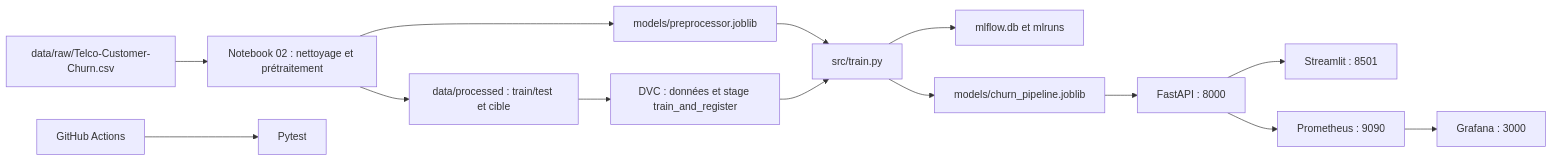
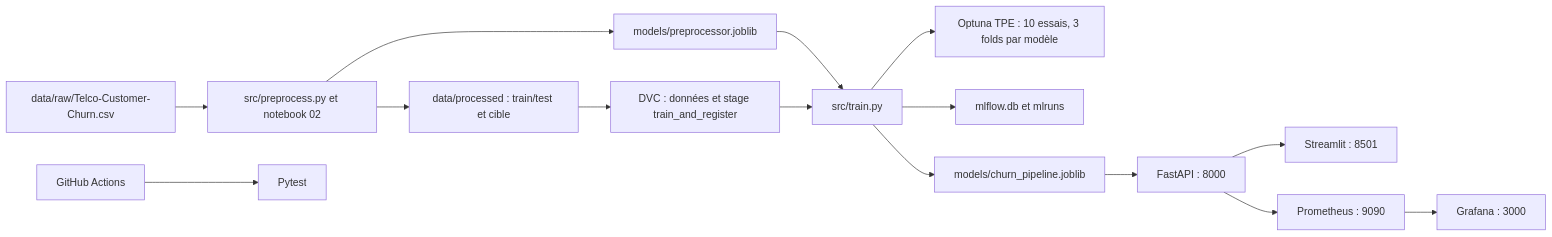
One commit to atiqaessayouti/Automl-mlops-platform changed the diagram in docs/architecture.md. Above: the diagram before and after it, drawn with Mermaid. The commit also changed other lines of this file and 19 other files, not shown here.

````diff
--- a/docs/architecture.md
+++ b/docs/architecture.md
@@ -5,16 +5,17 @@
 ```mermaid
 flowchart LR
-    RAW[data/raw/Telco-Customer-Churn.csv] --> NOTEBOOK[Notebook 02 : nettoyage et prétraitement]
-    NOTEBOOK --> PROCESSED[data/processed : train/test et cible]
-    NOTEBOOK --> PREPROCESSOR[models/preprocessor.joblib]
+    RAW[data/raw/Telco-Customer-Churn.csv] --> PREPROCESS[src/preprocess.py et notebook 02]
+    PREPROCESS --> PROCESSED[data/processed : train/test et cible]
+    PREPROCESS --> PREPROCESSOR[models/preprocessor.joblib]
     PROCESSED --> DVC[DVC : données et stage train_and_register]
     PREPROCESSOR --> TRAIN[src/train.py]
     DVC --> TRAIN
+    TRAIN --> OPTUNA[Optuna TPE : 10 essais, 3 folds par modèle]
     TRAIN --> MLFLOW[mlflow.db et mlruns]
     TRAIN --> FINAL[models/churn_pipeline.joblib]
     FINAL --> API[FastAPI : 8000]
     API --> STREAMLIT[Streamlit : 8501]
     API --> PROMETHEUS[Prometheus : 9090]
     PROMETHEUS --> GRAFANA[Grafana : 3000]
     GHA[GitHub Actions] --> PYTEST[Pytest]
 ```
````
